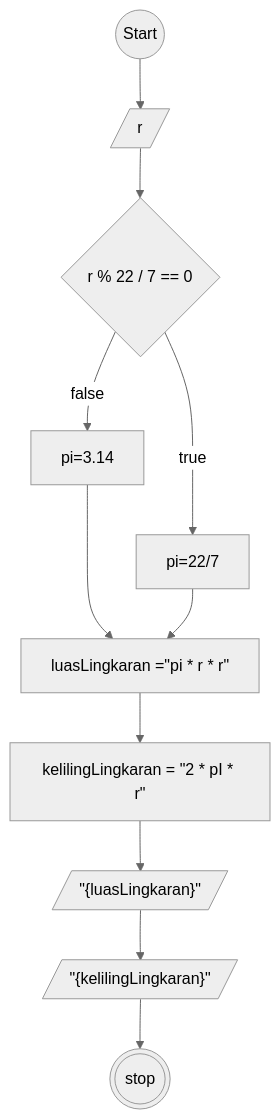
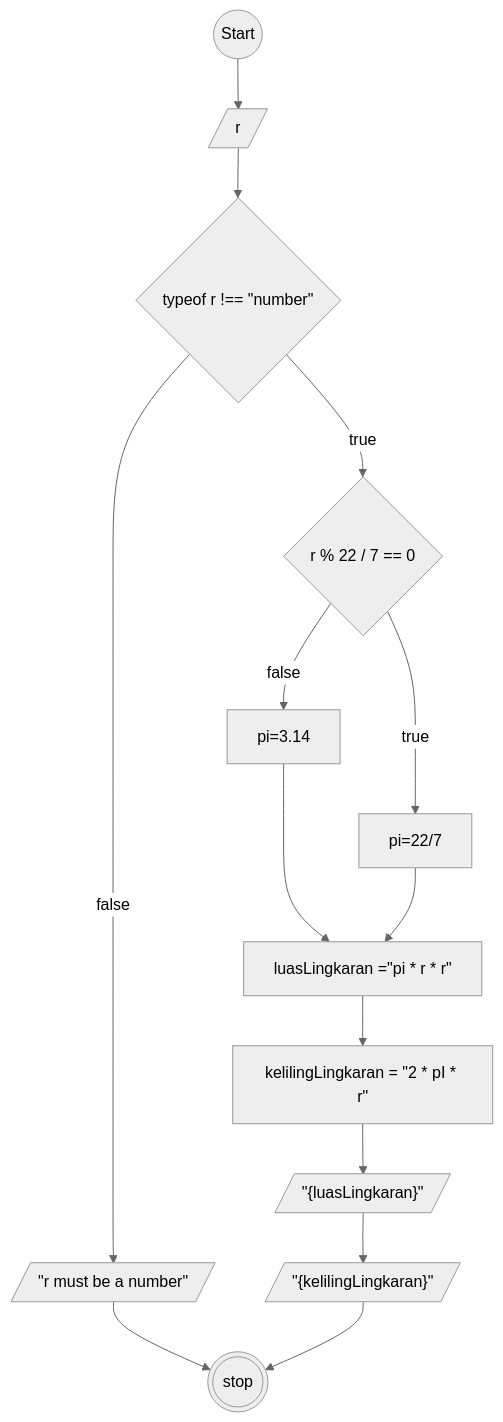
One commit to MuhammadWahyuPratama/Koda-b8-javascript1 changed the diagram in README.MD. Above: the diagram before and after it, drawn with Mermaid (neutral theme).

````diff
--- a/README.MD
+++ b/README.MD
@@ -7,22 +7,28 @@
 ```mermaid
 flowchart TD
 a@{shape: circle, label: "Start"}
 b@{shape: lean-r, label: "r" }
 d@{shape: rect, label: luasLingkaran ="pi * r * r"}
 z@{shape: diamond, label : "r % 22 / 7 == 0"}
 y@{shape: rect, label: "pi=22/7" }
 x@{shape: rect, label: "pi=3.14"}
 e@{shape: rect, label: kelilingLingkaran = "2 * pI * r"}
 f@{shape: lean-r, label: '"{luasLingkaran}"'}
 g@{shape: lean-r, label: '"{kelilingLingkaran}"'}
 h@{shape: dbl-circ, label: "stop"}
-
-a-->b-->z-- true -->y
+w@{shape: diamond, label: 'typeof r !== "number"'}
+l@{shape: lean-r, label: '"r must be a number"'}
+a-->b
+b-->w
+w--false-->l
+l-->h
+w--true-->z
+z-- true -->y
 z-- false -->x
 x-->d
 y-->d
 d-->e
 e-->f
 f-->g
 g-->h
 ```
````
